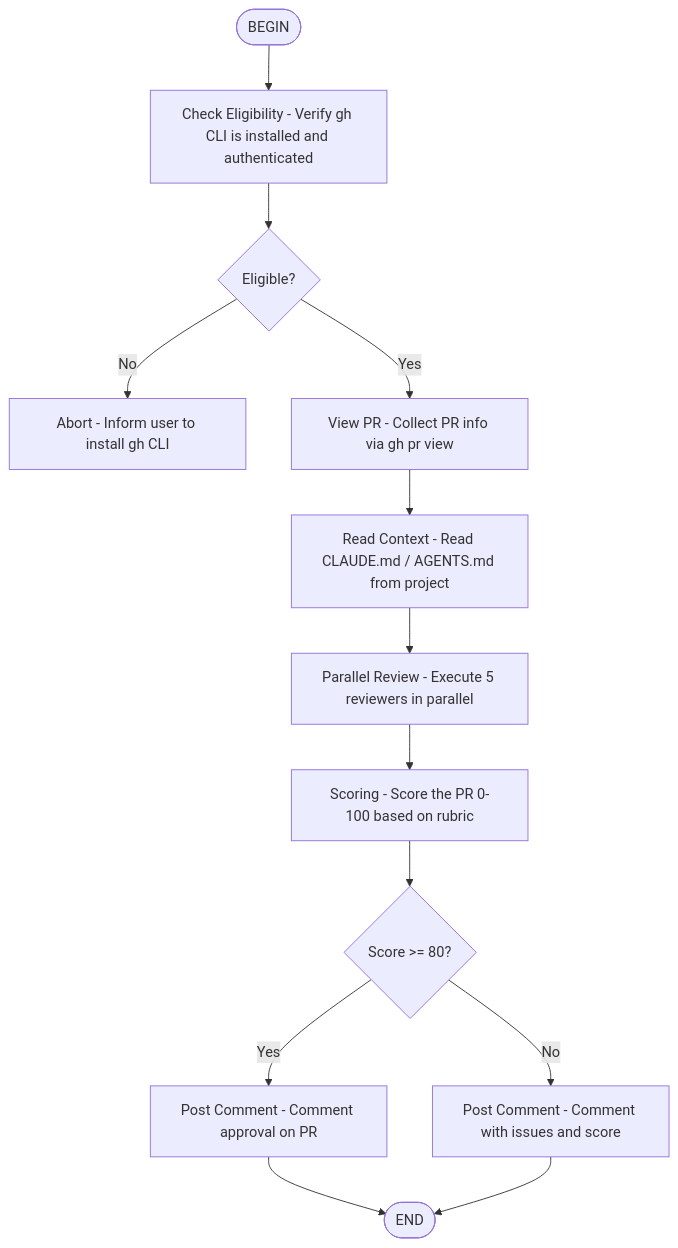
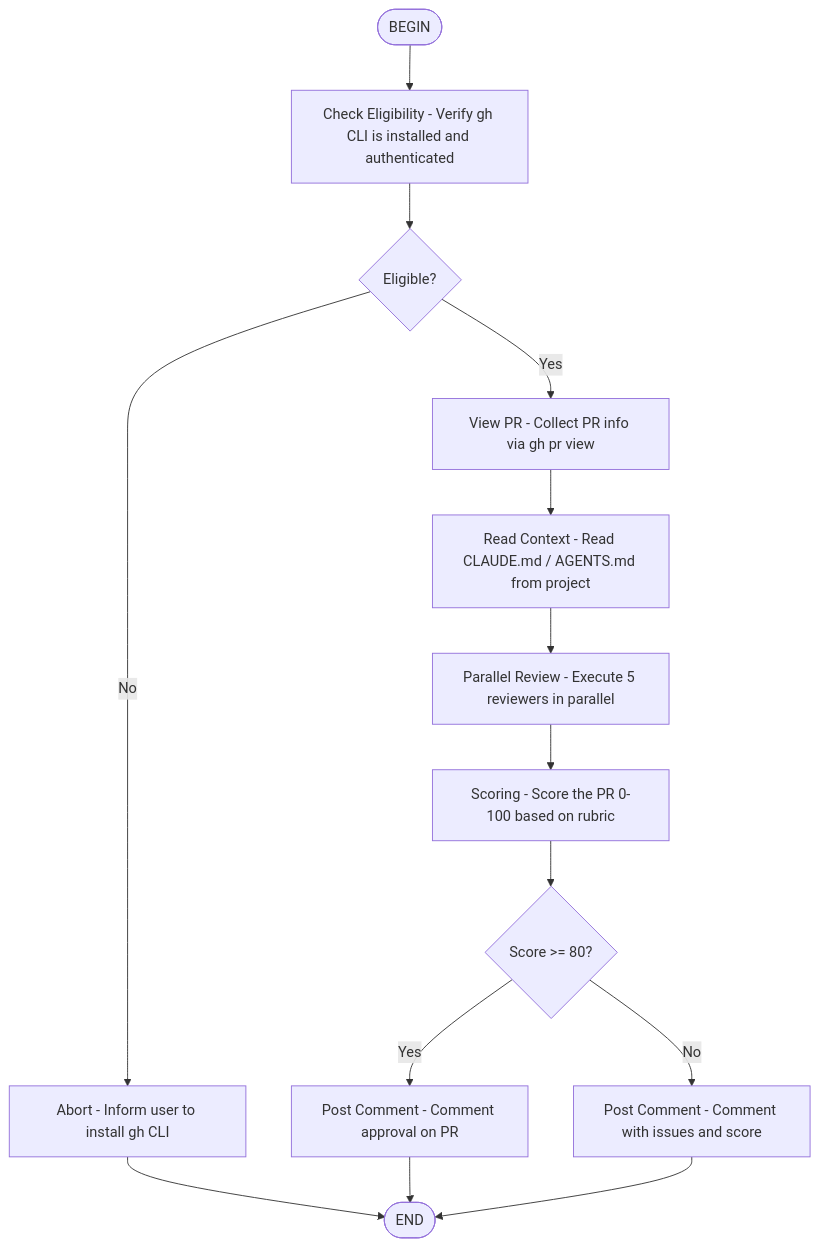
The diagram in skills/github-code-reviewer/SKILL.md (eduardoabreu81/everything-kimi-code), drawn with Mermaid before and after one commit. The commit also changed other lines of this file, not shown here.

Commit message:
fix: connect dead node D to END in github-code-reviewer flow

````diff
--- a/skills/github-code-reviewer/SKILL.md
+++ b/skills/github-code-reviewer/SKILL.md
@@ -11,15 +11,16 @@
 ```mermaid
 flowchart TD
     A([BEGIN]) --> B[Check Eligibility - Verify gh CLI is installed and authenticated]
     B --> C{Eligible?}
     C -->|No| D[Abort - Inform user to install gh CLI]
     C -->|Yes| E[View PR - Collect PR info via gh pr view]
+    D --> L([END])
     E --> F[Read Context - Read CLAUDE.md / AGENTS.md from project]
     F --> G[Parallel Review - Execute 5 reviewers in parallel]
     G --> H[Scoring - Score the PR 0-100 based on rubric]
     H --> I{Score >= 80?}
     I -->|Yes| J[Post Comment - Comment approval on PR]
     I -->|No| K[Post Comment - Comment with issues and score]
     J --> L([END])
     K --> L
 ```
````
